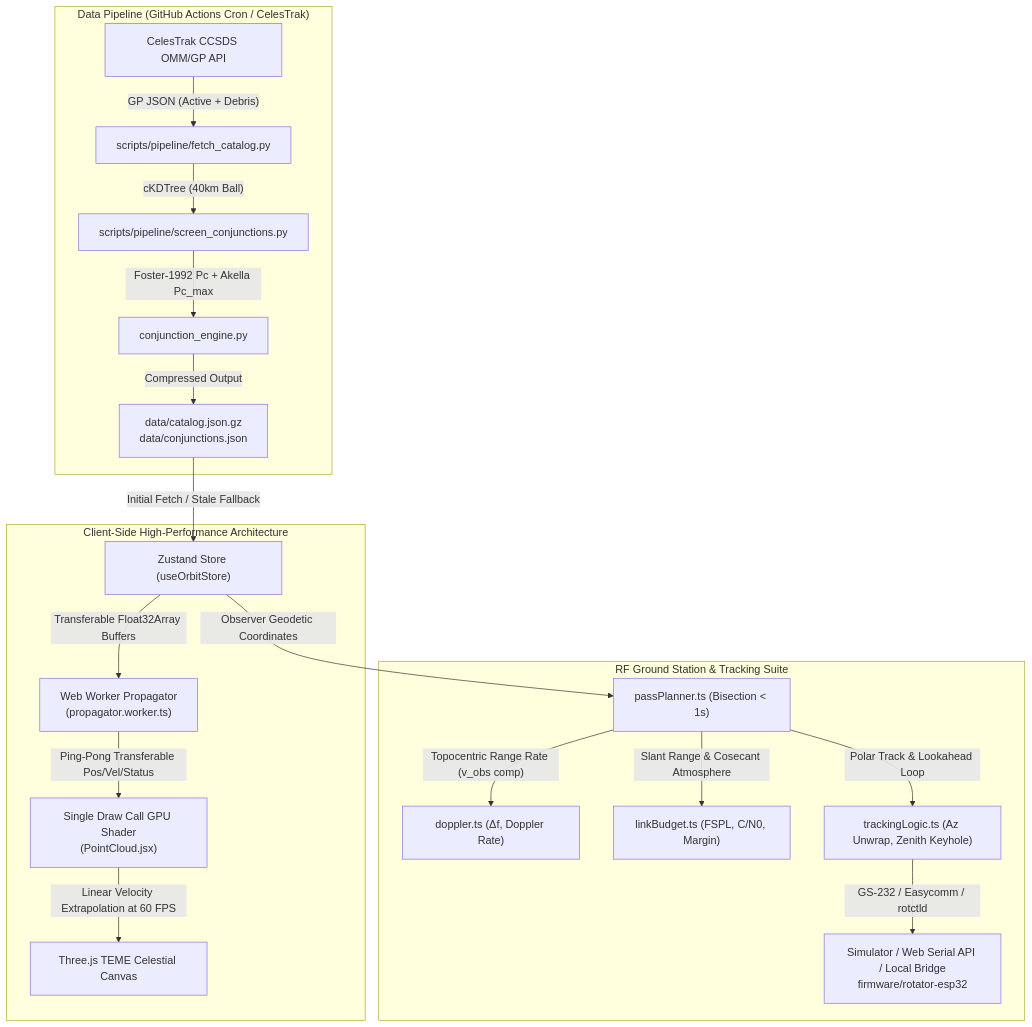
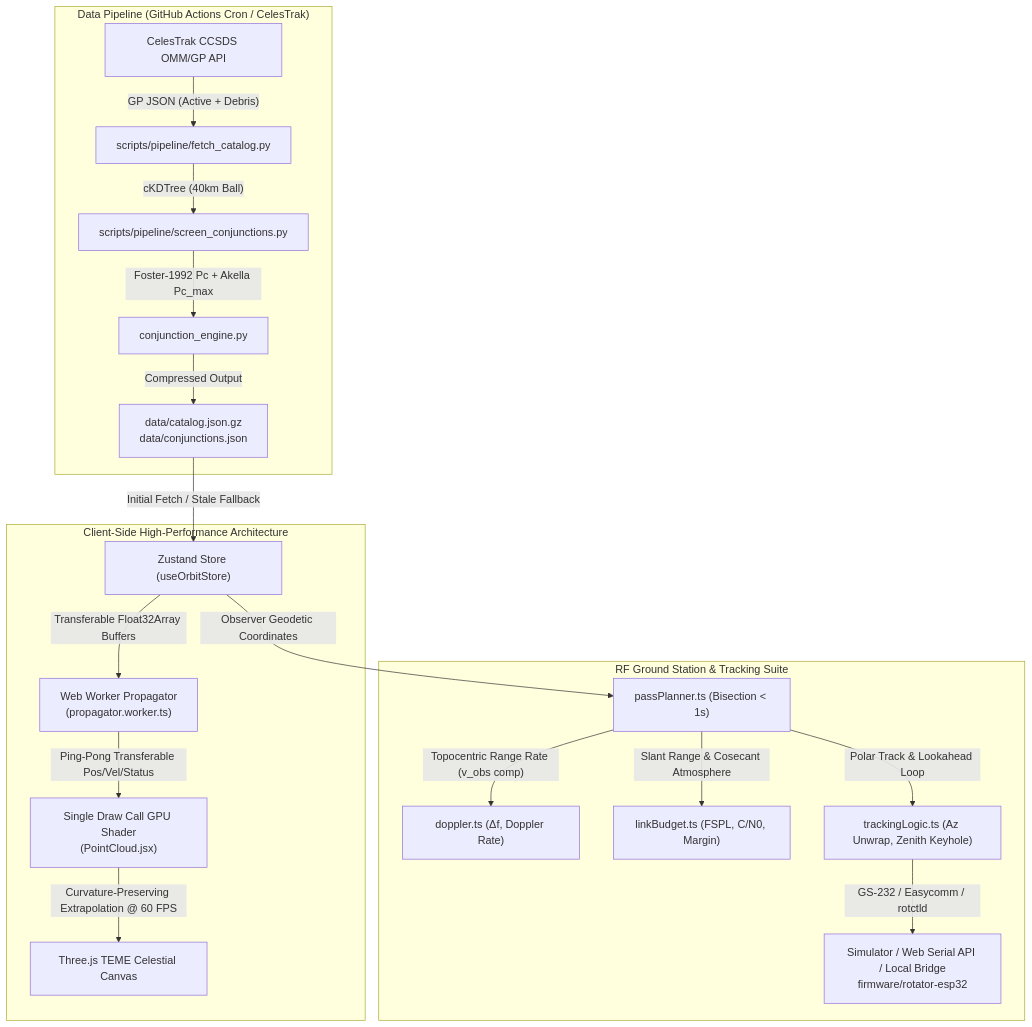
Before and after one commit to Hitesh070/ISRO-Orbit-Watch: the diagram in README.md, drawn with Mermaid. The commit also changed other lines of this file and 12 other files, not shown here.

````diff
--- a/README.md
+++ b/README.md
@@ -32,24 +34,24 @@
 ```mermaid
 flowchart TD
     subgraph Data_Pipeline ["Data Pipeline (GitHub Actions Cron / CelesTrak)"]
         CT["CelesTrak CCSDS OMM/GP API"] -->|"GP JSON (Active + Debris)"| Pipe["scripts/pipeline/fetch_catalog.py"]
         Pipe -->|"cKDTree (40km Ball)"| Screen["scripts/pipeline/screen_conjunctions.py"]
         Screen -->|"Foster-1992 Pc + Akella Pc_max"| Conj["conjunction_engine.py"]
         Conj -->|"Compressed Output"| Artifacts["data/catalog.json.gz<br/>data/conjunctions.json"]
     end
 
     subgraph Client_Core ["Client-Side High-Performance Architecture"]
         Artifacts -->|"Initial Fetch / Stale Fallback"| Store["Zustand Store (useOrbitStore)"]
         Store -->|"Transferable Float32Array Buffers"| Worker["Web Worker Propagator<br/>(propagator.worker.ts)"]
         Worker -->|"Ping-Pong Transferable Pos/Vel/Status"| GPU["Single Draw Call GPU Shader<br/>(PointCloud.jsx)"]
-        GPU -->|"Linear Velocity Extrapolation at 60 FPS"| Canvas["Three.js TEME Celestial Canvas"]
+        GPU -->|"Curvature-Preserving Extrapolation @ 60 FPS"| Canvas["Three.js TEME Celestial Canvas"]
     end
 
     subgraph RF_Hardware ["RF Ground Station & Tracking Suite"]
         Store -->|"Observer Geodetic Coordinates"| Pass["passPlanner.ts (Bisection < 1s)"]
         Pass -->|"Topocentric Range Rate (v_obs comp)"| Doppler["doppler.ts (Δf, Doppler Rate)"]
         Pass -->|"Slant Range & Cosecant Atmosphere"| Link["linkBudget.ts (FSPL, C/N0, Margin)"]
         Pass -->|"Polar Track & Lookahead Loop"| Track["trackingLogic.ts (Az Unwrap, Zenith Keyhole)"]
         Track -->|"GS-232 / Easycomm / rotctld"| Hardware["Simulator / Web Serial API / Local Bridge<br/>firmware/rotator-esp32"]
     end
 ```
````
